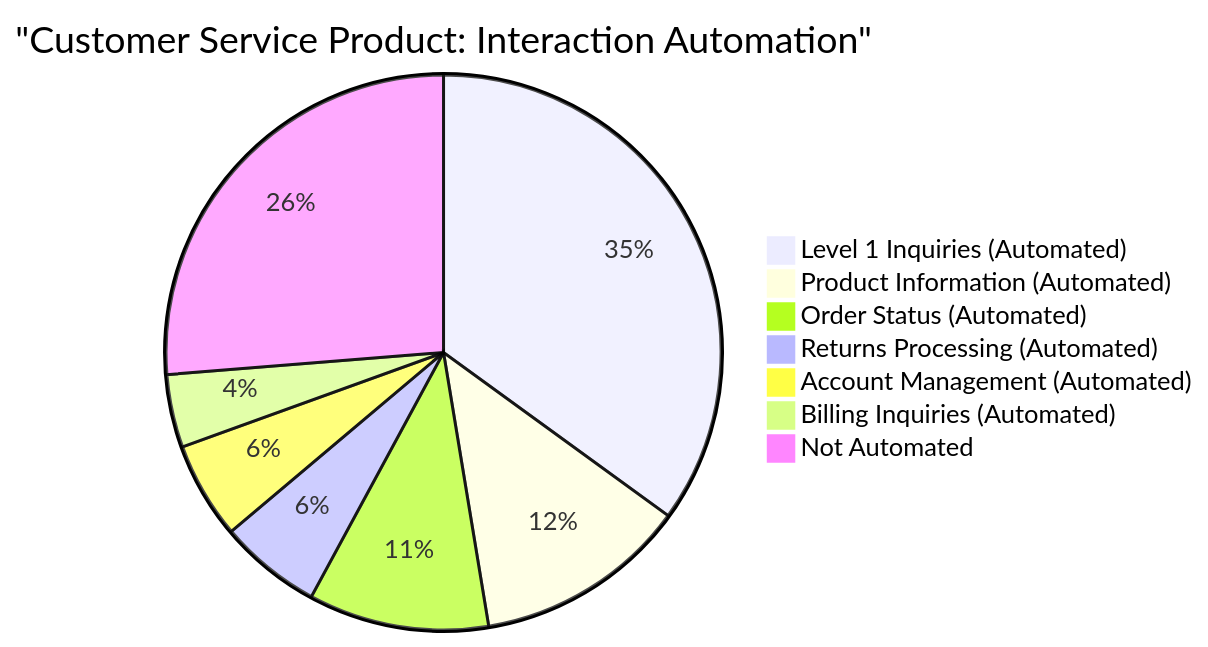
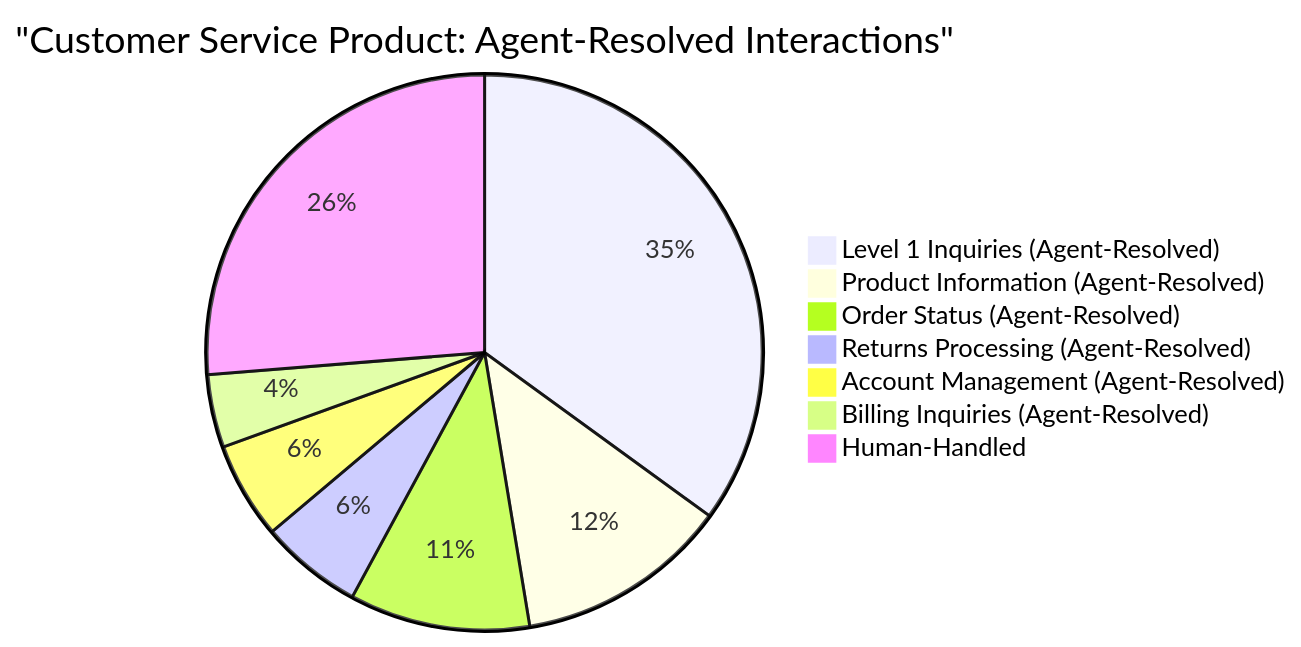
One commit to ME-ai-agents/docs_prod changed diagram 17 of 21 in ME.ai_FDD_Impl Strategy & Business Value.md. Above: the diagram before and after it, drawn with Mermaid. The commit also changed other lines of this file, not shown here.

````diff
--- a/ME.ai_FDD_Impl Strategy & Business Value.md
+++ b/ME.ai_FDD_Impl Strategy & Business Value.md
@@ -961,10 +963,10 @@
 ```mermaid
-pie title "Customer Service Product: Interaction Automation"
-    "Level 1 Inquiries (Automated)" : 84000
-    "Product Information (Automated)" : 29750
-    "Order Status (Automated)" : 25200
-    "Returns Processing (Automated)" : 14300
-    "Account Management (Automated)" : 13500
-    "Billing Inquiries (Automated)" : 10200
-    "Not Automated" : 63050
+pie title "Customer Service Product: Agent-Resolved Interactions"
+    "Level 1 Inquiries (Agent-Resolved)" : 84000
+    "Product Information (Agent-Resolved)" : 29750
+    "Order Status (Agent-Resolved)" : 25200
+    "Returns Processing (Agent-Resolved)" : 14300
+    "Account Management (Agent-Resolved)" : 13500
+    "Billing Inquiries (Agent-Resolved)" : 10200
+    "Human-Handled" : 63050
 ```
````
